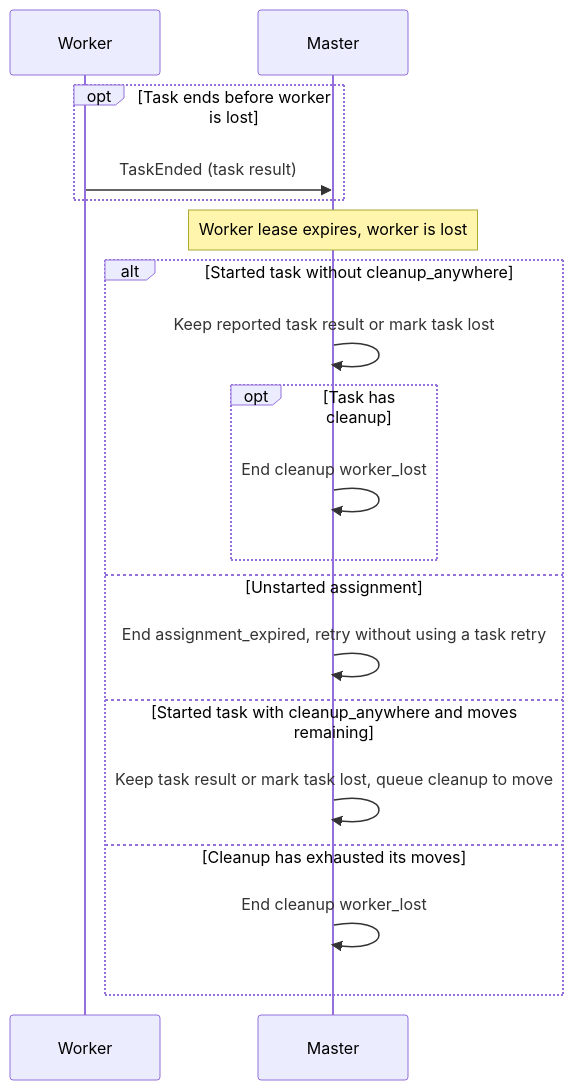
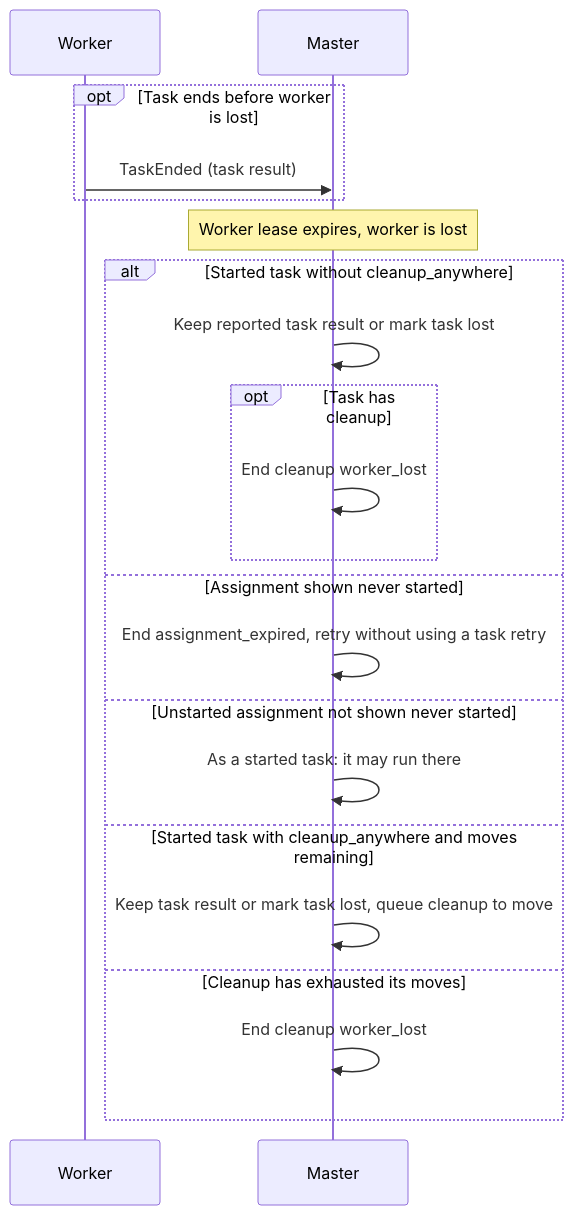
One commit to ptutak/schedr changed diagram 11 of 18 in docs/03-guide/15-protocol.md. Above: the diagram before and after it, drawn with Mermaid. The commit also changed other lines of this file and 165 other files, not shown here.

````diff
--- a/docs/03-guide/15-protocol.md
+++ b/docs/03-guide/15-protocol.md
@@ -252,21 +260,23 @@
 ```{mermaid}
 sequenceDiagram
     participant W as Worker
     participant M as Master
     opt Task ends before worker is lost
         W->>M: TaskEnded (task result)
     end
     Note over M: Worker lease expires, worker is lost
     alt Started task without cleanup_anywhere
         M->>M: Keep reported task result or mark task lost
         opt Task has cleanup
             M->>M: End cleanup worker_lost
         end
-    else Unstarted assignment
+    else Assignment shown never started
         M->>M: End assignment_expired, retry without using a task retry
+    else Unstarted assignment not shown never started
+        M->>M: As a started task: it may run there
     else Started task with cleanup_anywhere and moves remaining
         M->>M: Keep task result or mark task lost, queue cleanup to move
     else Cleanup has exhausted its moves
         M->>M: End cleanup worker_lost
     end
 ```
````
